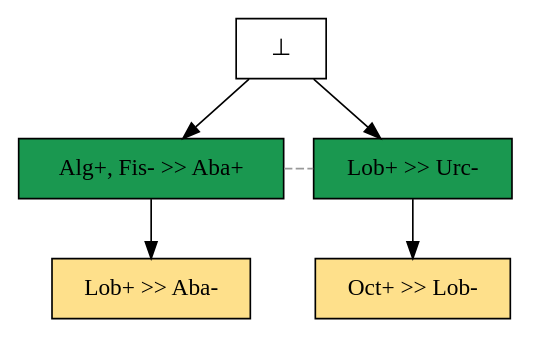
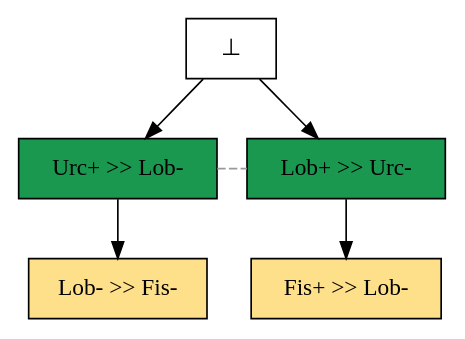
Before and after one commit to giannkas/ecofolder: the diagram in examples/tasmanian_toymodel_paper/tasmanian_toymodel_paper_pr_unf_mindoo_labels.dot, drawn with Graphviz. The commit also changed 7 other files, not shown here.

```diff
--- a/examples/tasmanian_toymodel_paper/tasmanian_toymodel_paper_pr_unf_mindoo_labels.dot
+++ b/examples/tasmanian_toymodel_paper/tasmanian_toymodel_paper_pr_unf_mindoo_labels.dot
@@ -1,15 +1,15 @@
 digraph test {
 e1 -> e3;
 e2 -> e4;
 e0 -> e1;
 e0 -> e2;
 
 //conflicts
 e1 -> e2 [arrowhead=none color=gray60 style=dashed constraint=false];
 
-e1 [color="black" fillcolor="#1a9850:#1a9850" label="Alg+, Fis- >> Aba+" shape=box style=filled];
+e1 [color="black" fillcolor="#1a9850:#1a9850" label="Urc+ >> Lob-" shape=box style=filled];
 e2 [color="black" fillcolor="#1a9850:#1a9850" label="Lob+ >> Urc-" shape=box style=filled];
-e3 [color="black" fillcolor="#fee08b:#fee08b" label="Lob+ >> Aba-" shape=box style=filled];
-e4 [color="black" fillcolor="#fee08b:#fee08b" label="Oct+ >> Lob-" shape=box style=filled];
+e3 [color="black" fillcolor="#fee08b:#fee08b" label="Lob- >> Fis-" shape=box style=filled];
+e4 [color="black" fillcolor="#fee08b:#fee08b" label="Fis+ >> Lob-" shape=box style=filled];
 e0 [fillcolor="white" label="⊥" shape=box style=filled];
 }
```
